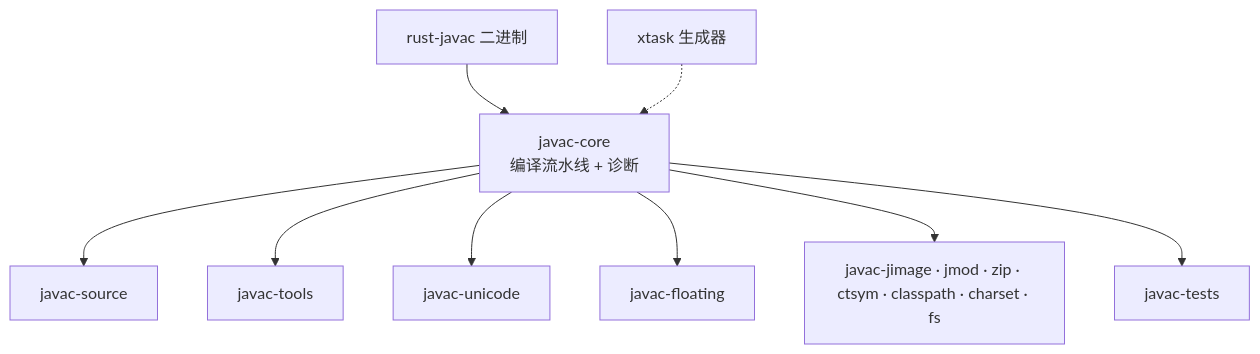
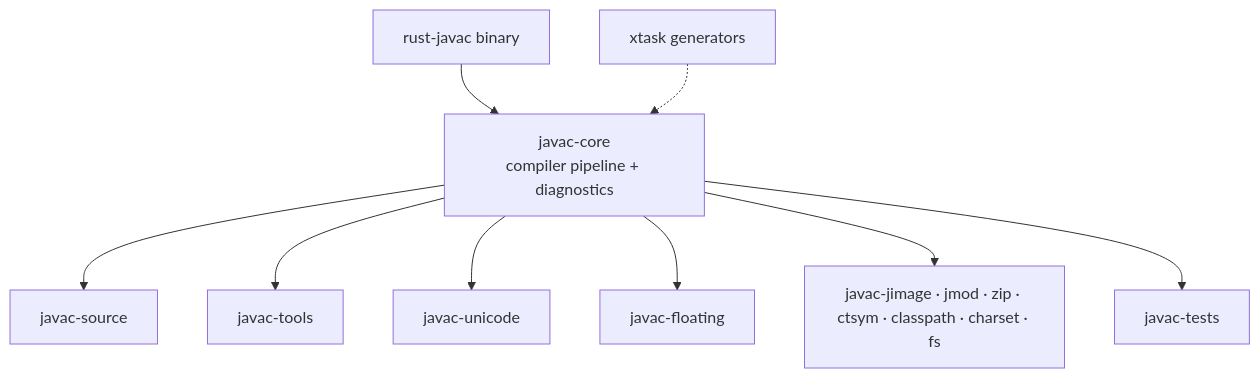
One commit to tomakino/rust-javac changed the first of 2 diagrams in docs/ARCHITECTURE.md. Above: the diagram before and after it, drawn with Mermaid. The commit also changed other lines of this file and 13 other files, not shown here.

````diff
--- a/docs/ARCHITECTURE.md
+++ b/docs/ARCHITECTURE.md
@@ -5,11 +5,11 @@
 ```mermaid
 flowchart TD
-    bin[rust-javac 二进制] --> core[javac-core<br/>编译流水线 + 诊断]
+    bin[rust-javac binary] --> core[javac-core<br/>compiler pipeline + diagnostics]
     core --> source[javac-source]
     core --> tools[javac-tools]
     core --> unicode[javac-unicode]
     core --> floating[javac-floating]
     core --> readers[javac-jimage · jmod · zip · ctsym · classpath · charset · fs]
     core --> tests[javac-tests]
-    dev[xtask 生成器] -.-> core
+    dev[xtask generators] -.-> core
 ```
````
